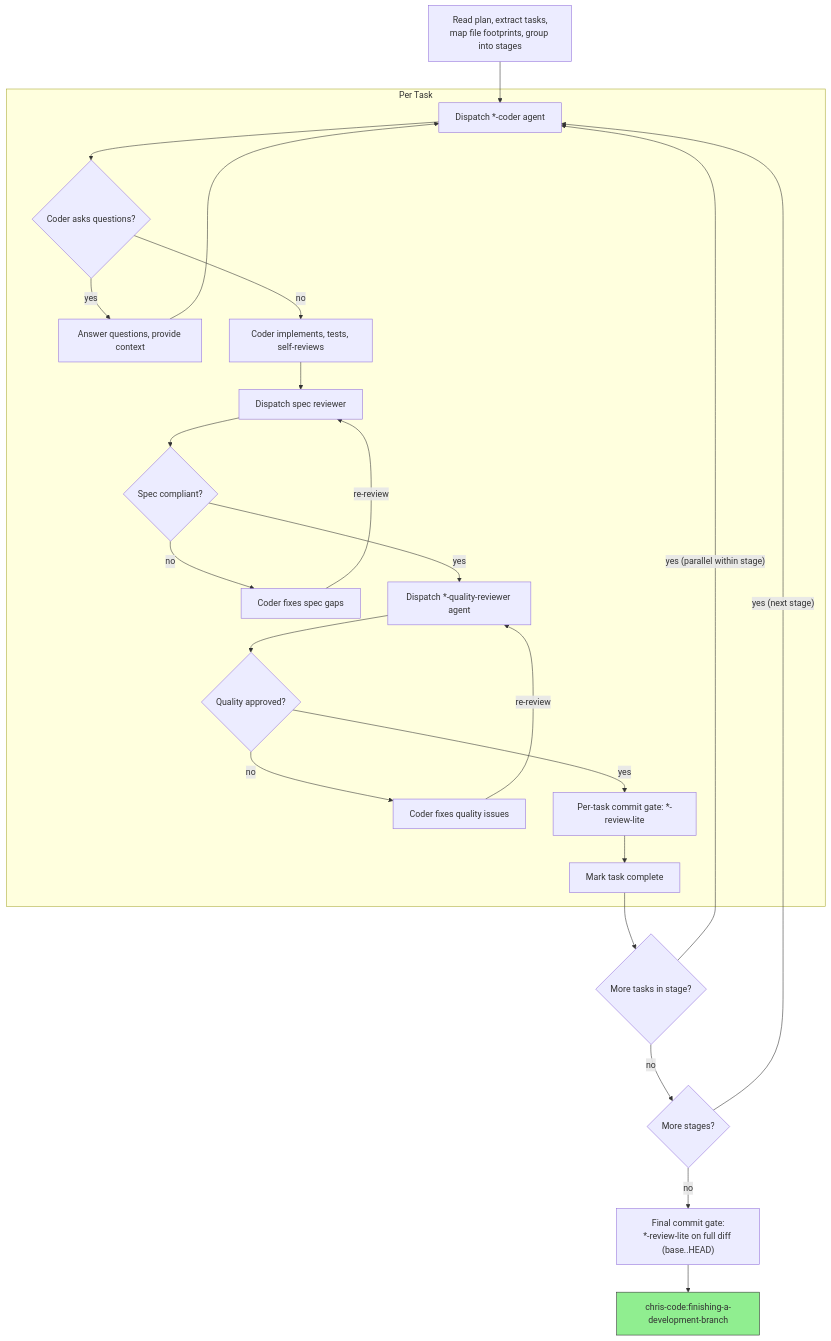
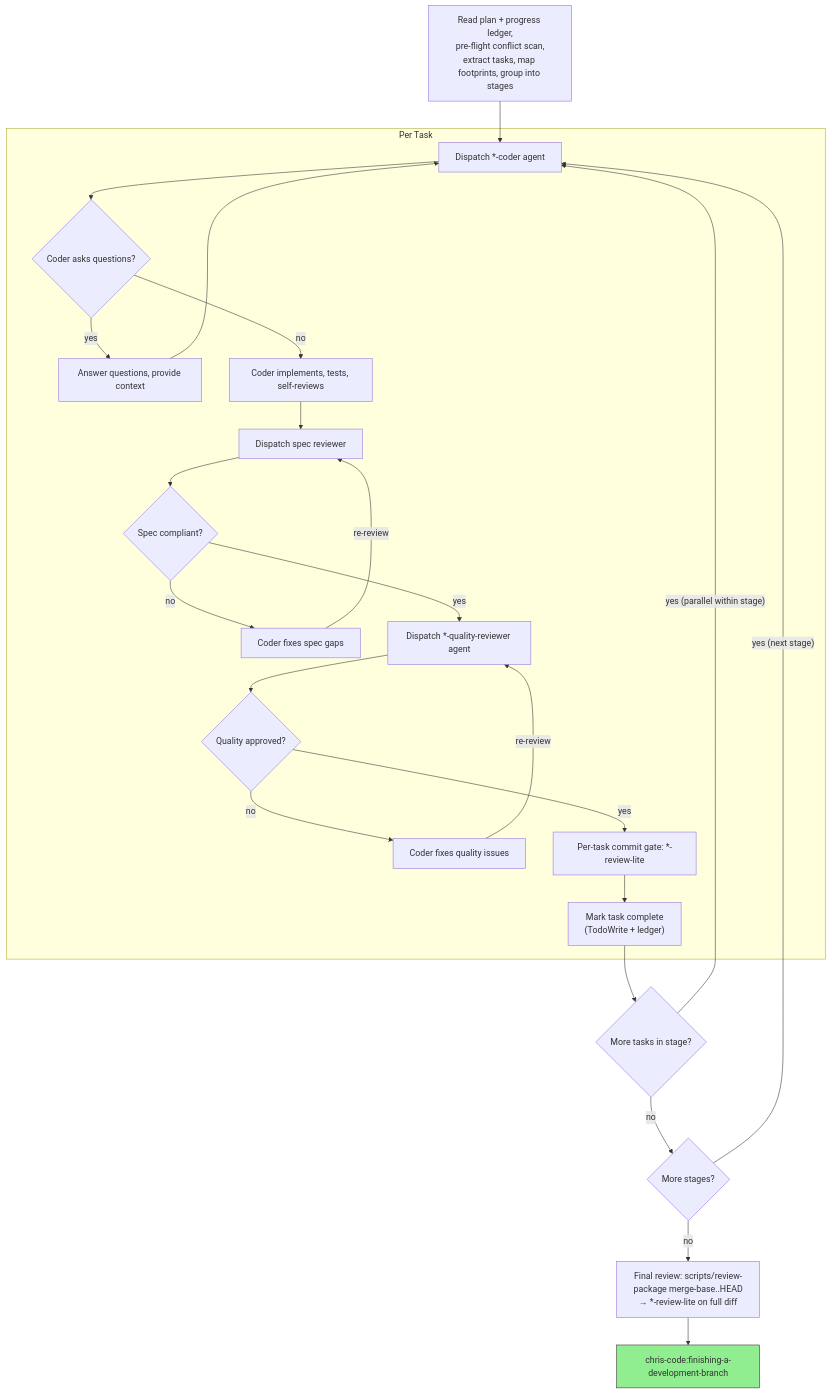
Before and after one commit to chris-santiago/claude-plugins: the diagram in chris-code/skills/subagent-driven-development/SKILL.md, drawn with Mermaid. The commit also changed other lines of this file and 6 other files, not shown here.

First line of the commit message:
Add file-handoff, pre-flight, ledger, and reviewer integrity to SDD

````diff
--- a/chris-code/skills/subagent-driven-development/SKILL.md
+++ b/chris-code/skills/subagent-driven-development/SKILL.md
@@ -18,47 +27,47 @@
 ```mermaid
 flowchart TB
     subgraph Per Task
         coder["Dispatch *-coder agent"]
         questions{"Coder asks questions?"}
         answer["Answer questions, provide context"]
         implement["Coder implements, tests, self-reviews"]
         spec_rev["Dispatch spec reviewer"]
         spec_ok{"Spec compliant?"}
         fix_spec["Coder fixes spec gaps"]
         quality_rev["Dispatch *-quality-reviewer agent"]
         quality_ok{"Quality approved?"}
         fix_quality["Coder fixes quality issues"]
         commit_gate["Per-task commit gate: *-review-lite"]
-        done["Mark task complete"]
+        done["Mark task complete<br/>(TodoWrite + ledger)"]
     end
 
-    read["Read plan, extract tasks,<br/>map file footprints, group into stages"]
+    read["Read plan + progress ledger,<br/>pre-flight conflict scan,<br/>extract tasks, map footprints, group into stages"]
     more_tasks{"More tasks in stage?"}
     more_stages{"More stages?"}
-    final_gate["Final commit gate:<br/>*-review-lite on full diff (base..HEAD)"]
+    final_gate["Final review: scripts/review-package merge-base..HEAD<br/>→ *-review-lite on full diff"]
     finish["chris-code:finishing-a-development-branch"]:::finish
 
     read --> coder
     coder --> questions
     questions -->|yes| answer
     answer --> coder
     questions -->|no| implement
     implement --> spec_rev
     spec_rev --> spec_ok
     spec_ok -->|no| fix_spec
     fix_spec -->|re-review| spec_rev
     spec_ok -->|yes| quality_rev
     quality_rev --> quality_ok
     quality_ok -->|no| fix_quality
     fix_quality -->|re-review| quality_rev
     quality_ok -->|yes| commit_gate
     commit_gate --> done
     done --> more_tasks
     more_tasks -->|"yes (parallel within stage)"| coder
     more_tasks -->|no| more_stages
     more_stages -->|"yes (next stage)"| coder
     more_stages -->|no| final_gate
     final_gate --> finish
 
     classDef finish fill:#90EE90,stroke:#333
 ```
````
